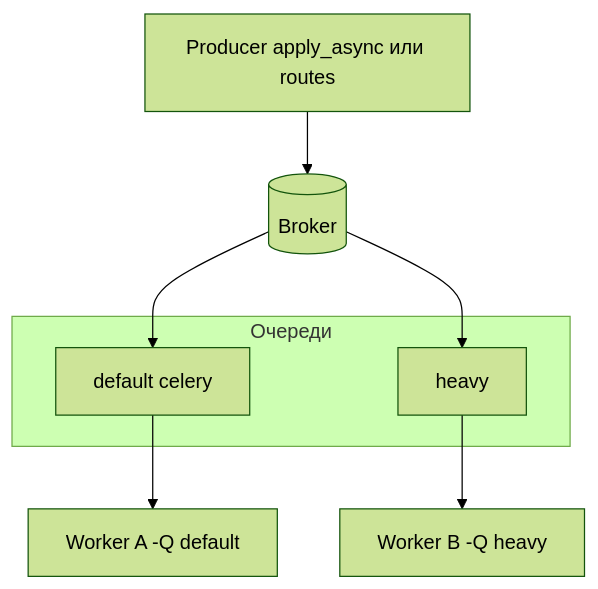
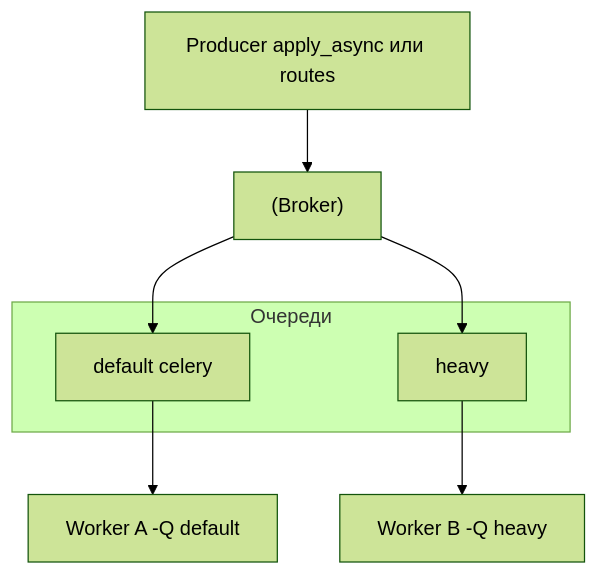
The seventh of 12 diagrams in directions/services/celery/pact/42_samoproverka_s_nulya_zakrytie_kazhdogo_bloka_plana/14_42_42_3_finalnyy_ekzamen_proekt_blokami.md (DDoSKudya/ai-study-atlas), drawn with Mermaid (forest theme) before and after one commit. The commit also changed other lines of this file and 322 other files, not shown here.

Commit message:
fix(docs): make mermaid diagrams GitHub-compatible across directions content

````diff
--- a/directions/services/celery/pact/42_samoproverka_s_nulya_zakrytie_kazhdogo_bloka_plana/14_42_42_3_finalnyy_ekzamen_proekt_blokami.md
+++ b/directions/services/celery/pact/42_samoproverka_s_nulya_zakrytie_kazhdogo_bloka_plana/14_42_42_3_finalnyy_ekzamen_proekt_blokami.md
@@ -403,16 +403,16 @@
 ```mermaid
 flowchart TB
-  P[Producer apply_async или routes]
-  Br[(Broker)]
-  subgraph Qs[Очереди]
-    Qd[default celery]
-    Qh[heavy]
+  P["Producer apply_async или routes"]
+  Br["(Broker)"]
+  subgraph Qs["Очереди"]
+    Qd["default celery"]
+    Qh["heavy"]
   end
-  WA[Worker A -Q default]
-  WB[Worker B -Q heavy]
+  WA["Worker A -Q default"]
+  WB["Worker B -Q heavy"]
   P --> Br
   Br --> Qd
   Br --> Qh
   Qd --> WA
   Qh --> WB
 ```
````
